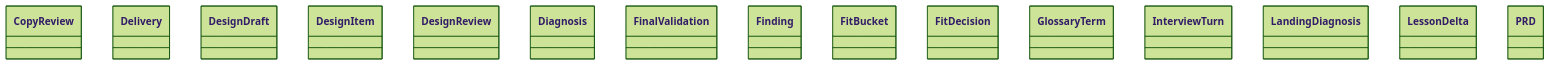
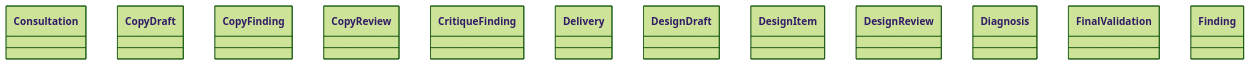
Before and after one commit to GonzaloZevallos/agentic-system: the diagram in docs/architecture/generated/classes-process-domain-roles-2.md, drawn with Mermaid (forest theme). The commit also changed other lines of this file and 19 other files, not shown here.

First line of the commit message:
Cluster domain.plan_route and regenerate the architecture diagrams

````diff
--- a/docs/architecture/generated/classes-process-domain-roles-2.md
+++ b/docs/architecture/generated/classes-process-domain-roles-2.md
@@ -21,18 +22,15 @@
 ```mermaid
 classDiagram
+    class schemas__Consultation["Consultation"]
+    class schemas__CopyDraft["CopyDraft"]
+    class schemas__CopyFinding["CopyFinding"]
     class schemas__CopyReview["CopyReview"]
+    class schemas__CritiqueFinding["CritiqueFinding"]
     class schemas__Delivery["Delivery"]
     class schemas__DesignDraft["DesignDraft"]
     class schemas__DesignItem["DesignItem"]
     class schemas__DesignReview["DesignReview"]
     class schemas__Diagnosis["Diagnosis"]
     class schemas__FinalValidation["FinalValidation"]
     class schemas__Finding["Finding"]
-    class schemas__FitBucket["FitBucket"]
-    class schemas__FitDecision["FitDecision"]
-    class schemas__GlossaryTerm["GlossaryTerm"]
-    class schemas__InterviewTurn["InterviewTurn"]
-    class schemas__LandingDiagnosis["LandingDiagnosis"]
-    class schemas__LessonDelta["LessonDelta"]
-    class schemas__PRD["PRD"]
 ```
````
